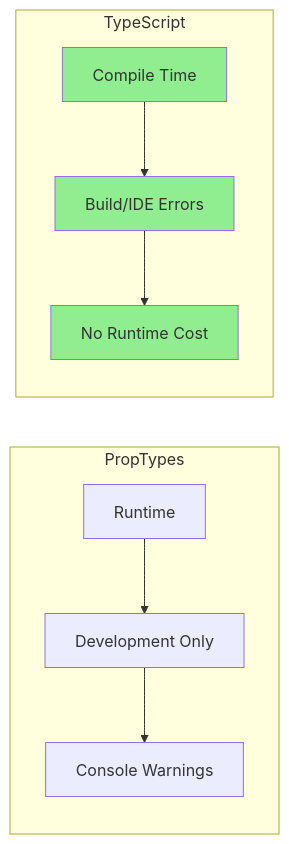
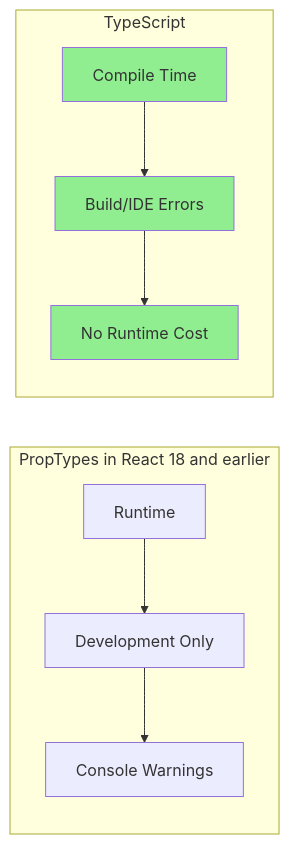
The second of 3 diagrams in posts/2026-01-24-react-prop-type-validation-errors/README.md (OneUptime/blog), drawn with Mermaid before and after one commit. The commit also changed other lines of this file and 2 other files, not shown here.

Commit message:
validate: 2026-01-24-react-prop-type-validation-errors

````diff
--- a/posts/2026-01-24-react-prop-type-validation-errors/README.md
+++ b/posts/2026-01-24-react-prop-type-validation-errors/README.md
@@ -338,16 +342,16 @@
 ```mermaid
 flowchart LR
-    subgraph "PropTypes"
+    subgraph "PropTypes in React 18 and earlier"
         A[Runtime] --> B[Development Only]
         B --> C[Console Warnings]
     end
 
     subgraph "TypeScript"
         D[Compile Time] --> E[Build/IDE Errors]
         E --> F[No Runtime Cost]
     end
 
     style D fill:#90EE90
     style E fill:#90EE90
     style F fill:#90EE90
 ```
````
